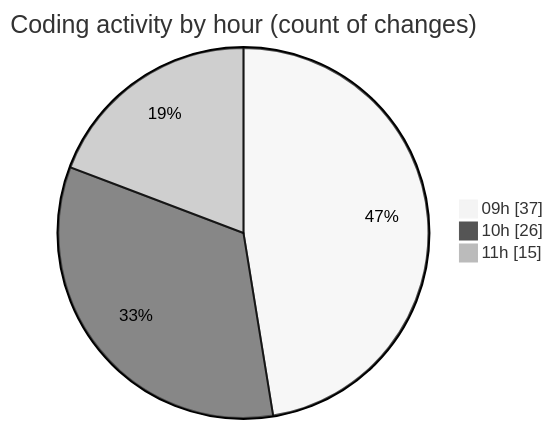
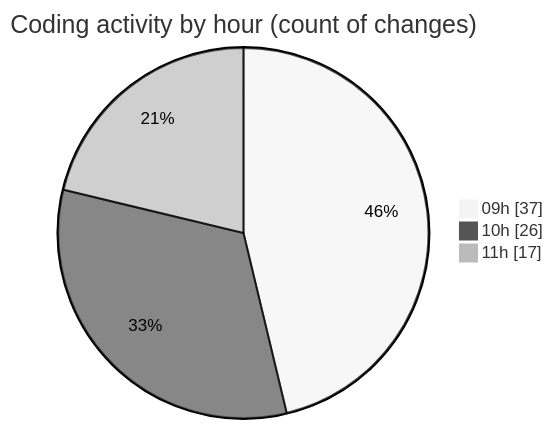
Before and after one commit to momahboobian/code-tracking: the second of 2 diagrams in 2025-11-14/cda/README.md, drawn with Mermaid (neutral theme). The commit also changed other lines of this file and 1 other file, not shown here.

````diff
--- a/2025-11-14/cda/README.md
+++ b/2025-11-14/cda/README.md
@@ -51,7 +51,7 @@
 ```mermaid
 pie showData
 title Coding activity by hour (count of changes)
 "09h" : 37
 "10h" : 26
-"11h" : 15
+"11h" : 17
 ```
````
